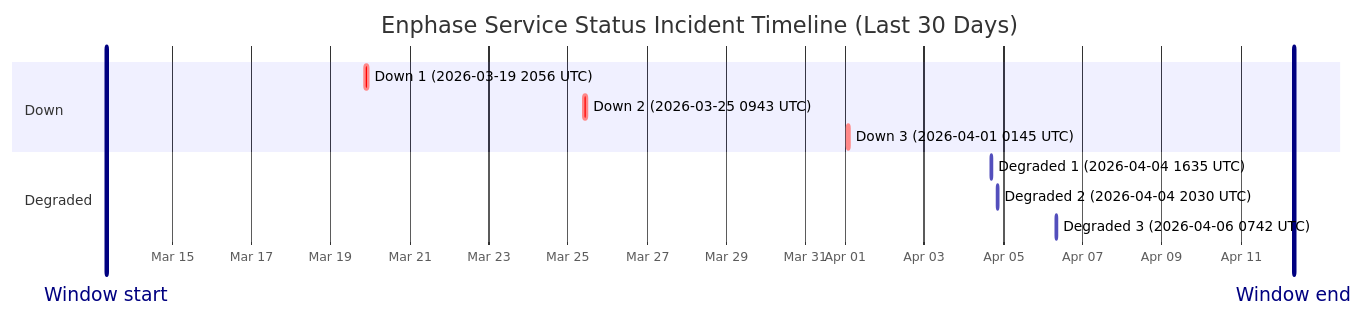
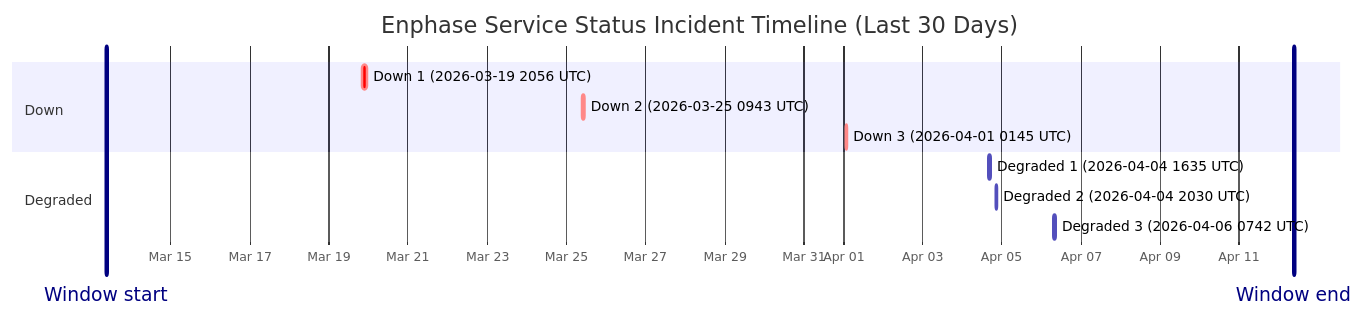
Before and after one commit to barneyonline/ha-enphase-ev-charger: the diagram in wiki/Service-Status-History.md, drawn with Mermaid. The commit also changed other lines of this file and 3 other files, not shown here.

````diff
--- a/wiki/Service-Status-History.md
+++ b/wiki/Service-Status-History.md
@@ -14,16 +14,16 @@
 ```mermaid
 gantt
     title Enphase Service Status Incident Timeline (Last 30 Days)
     dateFormat  YYYY-MM-DDTHH:mm:ss
     axisFormat  %b %d
-    Window start :vert, window-start, 2026-03-13T08:02:46, 0ms
-    Window end :vert, window-end, 2026-04-12T08:02:46, 0ms
+    Window start :vert, window-start, 2026-03-13T09:11:37, 0ms
+    Window end :vert, window-end, 2026-04-12T09:11:37, 0ms
     section Down
     Down 1 (2026-03-19 2056 UTC) :crit, down-1, 2026-03-19T20:56:20, 145m
     Down 2 (2026-03-25 0943 UTC) :crit, down-2, 2026-03-25T09:43:28, 111m
     Down 3 (2026-04-01 0145 UTC) :crit, down-3, 2026-04-01T01:45:09, 60m
     section Degraded
     Degraded 1 (2026-04-04 1635 UTC) :active, degraded-1, 2026-04-04T16:35:17, 60m
     Degraded 2 (2026-04-04 2030 UTC) :active, degraded-2, 2026-04-04T20:30:40, 60m
     Degraded 3 (2026-04-06 0742 UTC) :active, degraded-3, 2026-04-06T07:42:09, 85m
 ```
````
